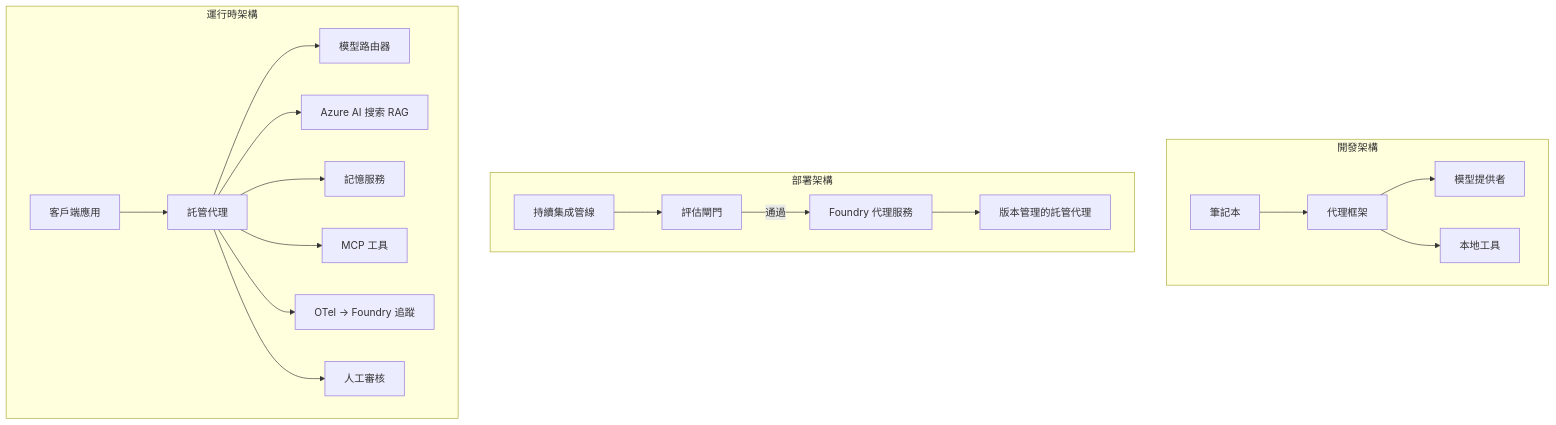
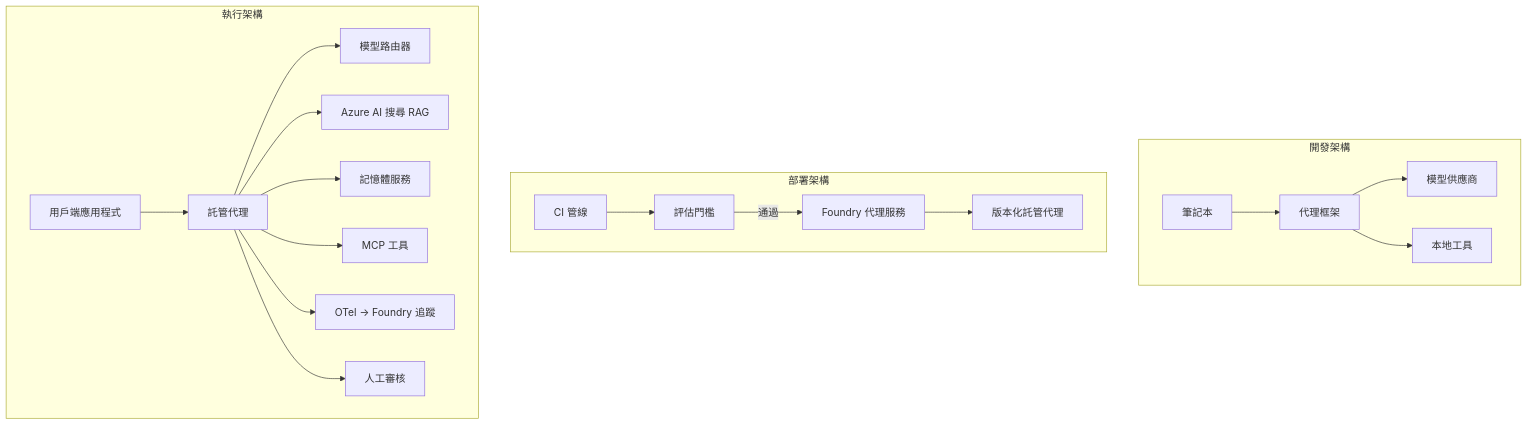
The fourth of 4 diagrams in mirrors/repos/microsoft@ai-agents-for-beginners/translations/zh-TW/16-deploying-scalable-agents/README.md (gabrielmoreira/agent-skills-mirror), drawn with Mermaid before and after one commit. The commit also changed other lines of this file and 3581 other files, not shown here.

````diff
--- a/mirrors/repos/microsoft@ai-agents-for-beginners/translations/zh-TW/16-deploying-scalable-agents/README.md
+++ b/mirrors/repos/microsoft@ai-agents-for-beginners/translations/zh-TW/16-deploying-scalable-agents/README.md
@@ -185,22 +185,22 @@
 ```mermaid
 flowchart TB
     subgraph Dev[開發架構]
         D1[筆記本] --> D2[代理框架]
-        D2 --> D3[模型提供者]
+        D2 --> D3[模型供應商]
         D2 --> D4[本地工具]
     end
     subgraph Deploy[部署架構]
-        E1[持續集成管線] --> E2[評估閘門]
+        E1[CI 管線] --> E2[評估門檻]
         E2 -->|通過| E3[Foundry 代理服務]
-        E3 --> E4[版本管理的託管代理]
+        E3 --> E4[版本化託管代理]
     end
-    subgraph Run[運行時架構]
-        F1[客戶端應用] --> F2[託管代理]
+    subgraph Run[執行架構]
+        F1[用戶端應用程式] --> F2[託管代理]
         F2 --> F3[模型路由器]
-        F2 --> F4[Azure AI 搜索 RAG]
-        F2 --> F5[記憶服務]
+        F2 --> F4[Azure AI 搜尋 RAG]
+        F2 --> F5[記憶體服務]
         F2 --> F6[MCP 工具]
         F2 --> F7[OTel -> Foundry 追蹤]
         F2 --> F8[人工審核]
     end
 ```
````
